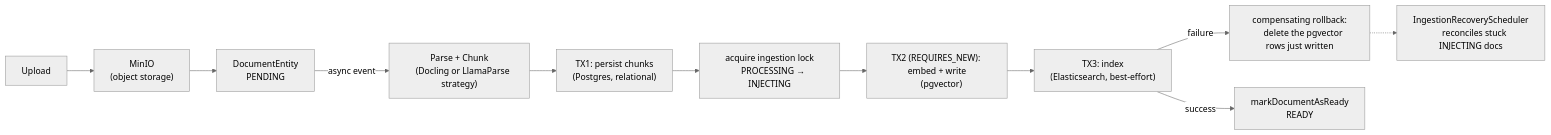
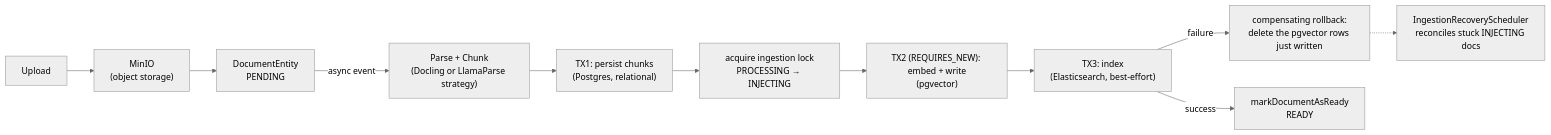
Before and after one commit to balakrishnan-3865/cognitive-rag-engine: the second of 2 diagrams in README.md, drawn with Mermaid (neutral theme). The commit also changed other lines of this file, not shown here.

Commit message:
docs: fix mermaid node labels for GitHub rendering
GitHub's Mermaid renderer doesn't support raw line breaks inside
bracket labels - replace them with <br/> so multi-line nodes (e.g.
the Parse + Chunk step) actually render instead of breaking.

````diff
--- a/README.md
+++ b/README.md
@@ -54,23 +47,13 @@
 ```mermaid
 flowchart LR
-    Upload["Upload"] --> MinIO["MinIO
-    (object storage)"]
-    MinIO --> Pending["DocumentEntity
-    PENDING"]
-    Pending -->|async event| Parse["Parse + Chunk
-    (Docling or LlamaParse strategy)"]
-    Parse --> TX1["TX1: persist chunks
-    (Postgres, relational)"]
-    TX1 --> Lock["acquire ingestion lock
-    PROCESSING → INJECTING"]
-    Lock --> TX2["TX2 (REQUIRES_NEW): embed + write
-    (pgvector)"]
-    TX2 --> TX3["TX3: index
-    (Elasticsearch, best-effort)"]
-    TX3 -->|failure| Compensate["compensating rollback:
-    delete the pgvector rows just written"]
-    TX3 -->|success| Ready["markDocumentAsReady
-    READY"]
-    Compensate -.-> Recover["IngestionRecoveryScheduler
-    reconciles stuck INJECTING docs"]
+    Upload["Upload"] --> MinIO["MinIO<br/>(object storage)"]
+    MinIO --> Pending["DocumentEntity<br/>PENDING"]
+    Pending -->|async event| Parse["Parse + Chunk<br/>(Docling or LlamaParse strategy)"]
+    Parse --> TX1["TX1: persist chunks<br/>(Postgres, relational)"]
+    TX1 --> Lock["acquire ingestion lock<br/>PROCESSING → INJECTING"]
+    Lock --> TX2["TX2 (REQUIRES_NEW): embed + write<br/>(pgvector)"]
+    TX2 --> TX3["TX3: index<br/>(Elasticsearch, best-effort)"]
+    TX3 -->|failure| Compensate["compensating rollback:<br/>delete the pgvector rows just written"]
+    TX3 -->|success| Ready["markDocumentAsReady<br/>READY"]
+    Compensate -.-> Recover["IngestionRecoveryScheduler<br/>reconciles stuck INJECTING docs"]
 ```
````
